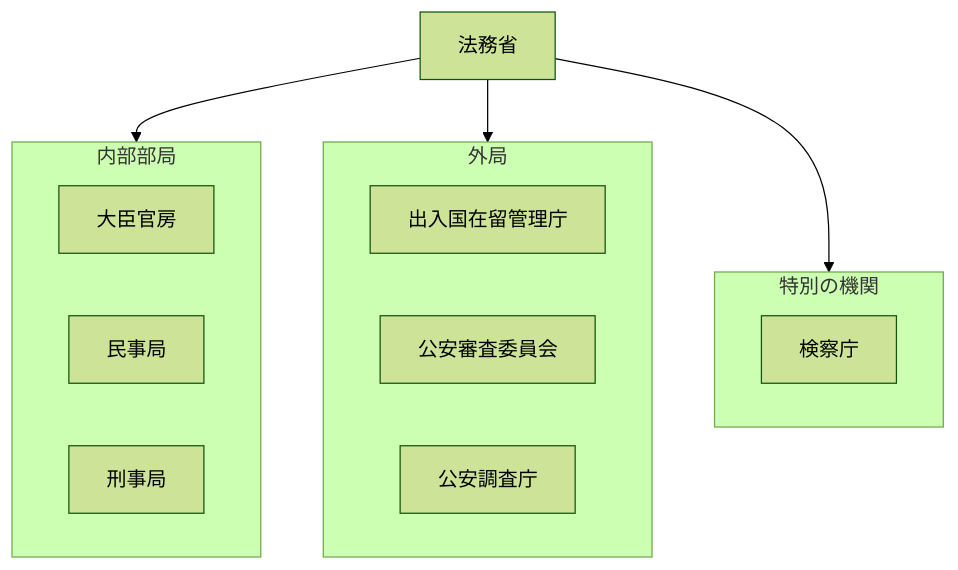
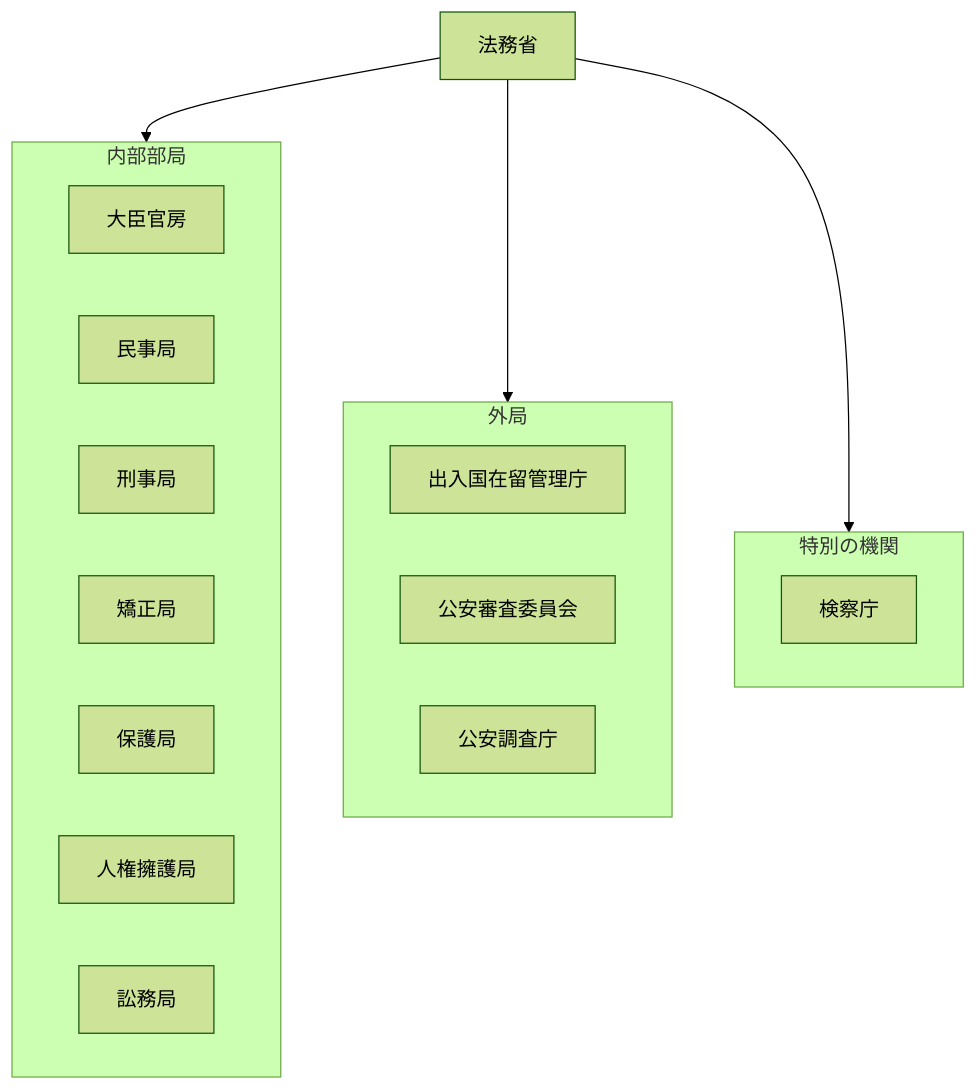
Before and after one commit to tatemaru/jp-admin-org-chart: the diagram in 行政機構/法務省/README.md, drawn with Mermaid (forest theme). The commit also changed 12 other files, not shown here.

First line of the commit message:
chore(snapshot): 行政機構図 2025.8 に追従

````diff
--- a/行政機構/法務省/README.md
+++ b/行政機構/法務省/README.md
@@ -5,20 +5,24 @@
 ```mermaid
 flowchart TB
   root["法務省"]
   subgraph g0["内部部局"]
     n0_0["大臣官房"]
     n0_1["民事局"]
     n0_2["刑事局"]
+    n0_3["矯正局"]
+    n0_4["保護局"]
+    n0_5["人権擁護局"]
+    n0_6["訟務局"]
   end
   root --> g0
   subgraph g1["外局"]
     n1_0["出入国在留管理庁"]
     n1_1["公安審査委員会"]
     n1_2["公安調査庁"]
   end
   root --> g1
   subgraph g2["特別の機関"]
     n2_0["検察庁"]
   end
   root --> g2
 ```
````
